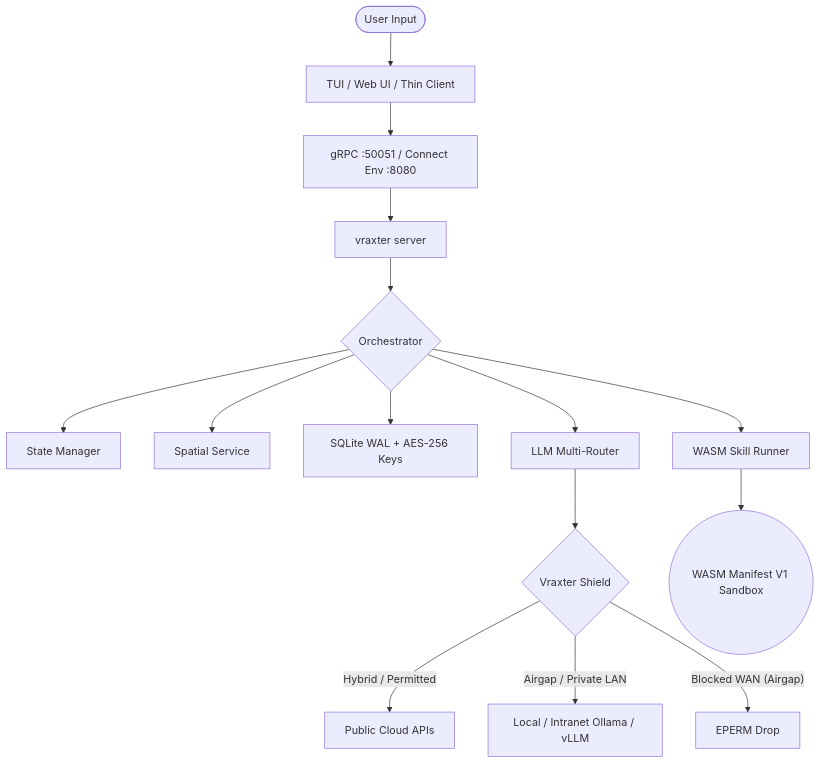
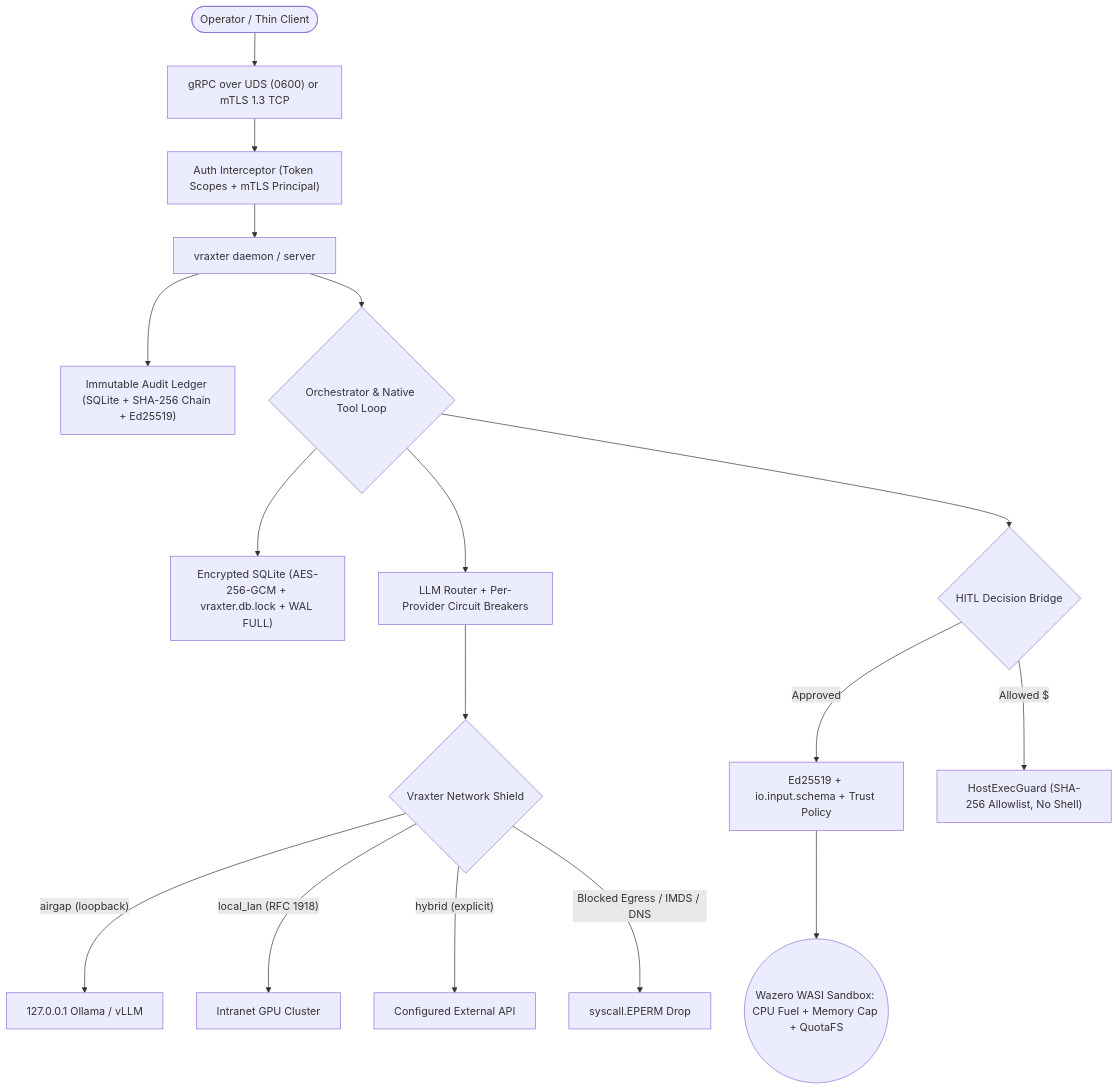
One commit to vraxter/vraxter changed the diagram in docs/ARCHITECTURE.md. Above: the diagram before and after it, drawn with Mermaid. The commit also changed other lines of this file and 102 other files, not shown here.

````diff
--- a/docs/ARCHITECTURE.md
+++ b/docs/ARCHITECTURE.md
@@ -70,19 +64,21 @@
 ```mermaid
 graph TD
-    User([User Input]) --> Client[TUI / Web UI / Thin Client]
-    Client --> ConnectRPC["gRPC :50051 / Connect Env :8080"]
-    ConnectRPC --> Daemon["vraxter server"]
-    Daemon --> Orchestrator{Orchestrator}
-    Orchestrator --> StateMgr[State Manager]
-    Orchestrator --> SpatialSvc[Spatial Service]
-    Orchestrator --> SQL["SQLite WAL + AES-256 Keys"]
-    Orchestrator --> Runner[WASM Skill Runner]
-    Orchestrator --> Router[LLM Multi-Router]
-    
-    Router --> Shield{Vraxter Shield}
-    Shield -- "Hybrid / Permitted" --> Cloud[Public Cloud APIs]
-    Shield -- "Airgap / Private LAN" --> Local[Local / Intranet Ollama / vLLM]
-    Shield -- "Blocked WAN (Airgap)" --> Block[EPERM Drop]
-    
-    Runner --> Sandbox((WASM Manifest V1 Sandbox))
+    Op(["Operator / Thin Client"]) --> Transport["gRPC over UDS (0600) or mTLS 1.3 TCP"]
+    Transport --> Auth["Auth Interceptor (Token Scopes + mTLS Principal)"]
+    Auth --> Daemon["vraxter daemon / server"]
+    Daemon --> Audit["Immutable Audit Ledger (SQLite + SHA-256 Chain + Ed25519)"]
+    Daemon --> Orch{"Orchestrator & Native Tool Loop"}
+    Orch --> DB["Encrypted SQLite (AES-256-GCM + vraxter.db.lock + WAL FULL)"]
+    Orch --> Router["LLM Router + Per-Provider Circuit Breakers"]
+    Orch --> HITL{"HITL Decision Bridge"}
+
+    Router --> Shield{"Vraxter Network Shield"}
+    Shield -- "airgap (loopback)" --> Loopback["127.0.0.1 Ollama / vLLM"]
+    Shield -- "local_lan (RFC 1918)" --> LAN["Intranet GPU Cluster"]
+    Shield -- "hybrid (explicit)" --> Cloud["Configured External API"]
+    Shield -- "Blocked Egress / IMDS / DNS" --> Drop["syscall.EPERM Drop"]
+
+    HITL -- "Approved" --> Policy["Ed25519 + io.input.schema + Trust Policy"]
+    Policy --> Sandbox(("Wazero WASI Sandbox: CPU Fuel + Memory Cap + QuotaFS"))
+    HITL -- "Allowed $" --> HostGuard["HostExecGuard (SHA-256 Allowlist, No Shell)"]
 ```
````
